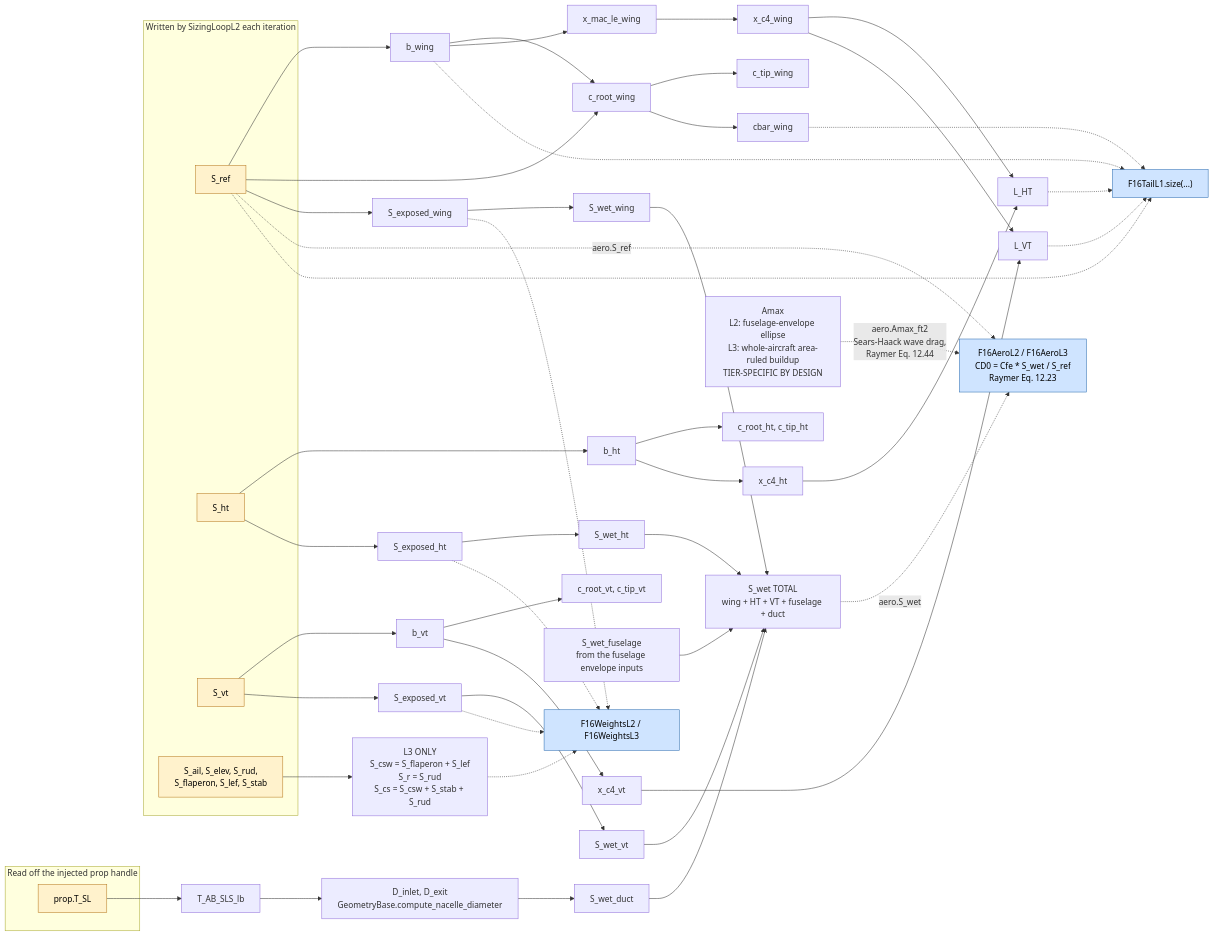
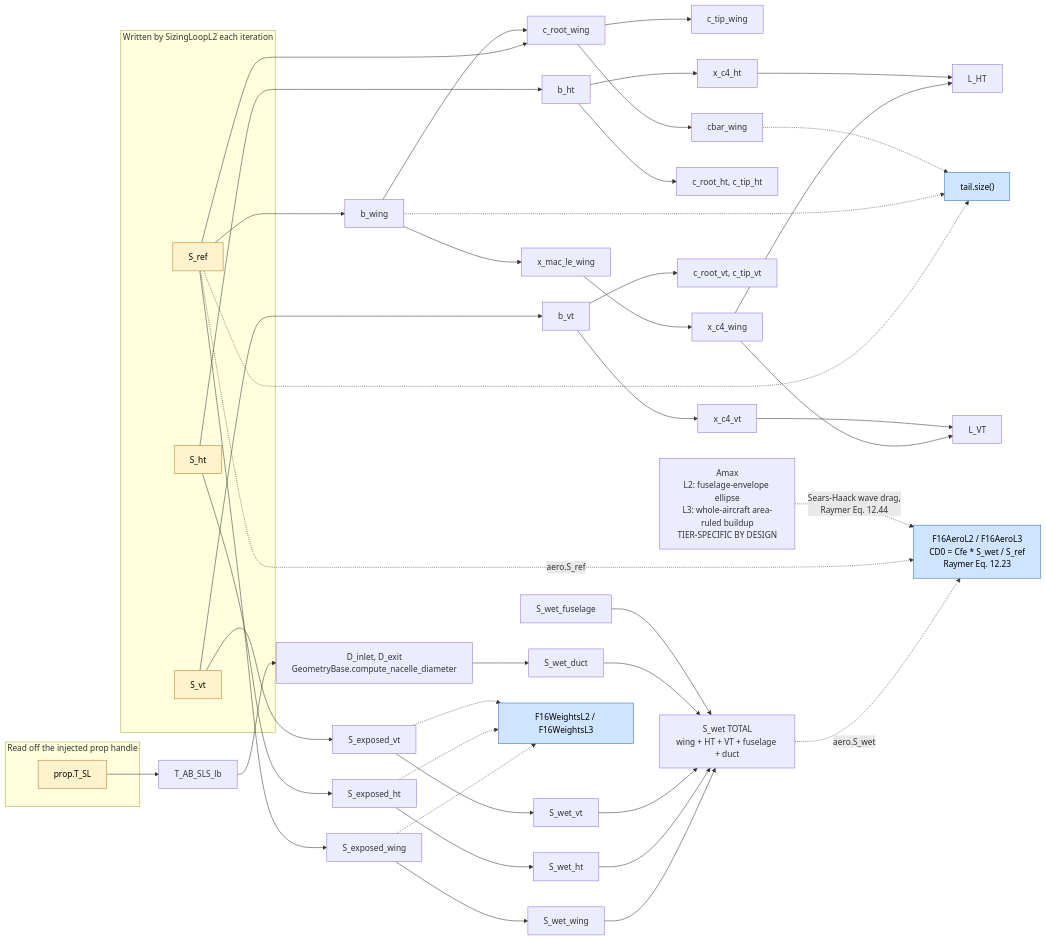
One commit to Idopt-Lab/air-vehicle-design changed diagram 11 of 12 in air_vehicle_design/sizing/docs/Mermaid_Diagrams/sizing_loop_dependency_diagrams.md. Above: the diagram before and after it, drawn with Mermaid. The commit also changed other lines of this file, not shown here.

First line of the commit message:
docs: rewrite the stale sizing-loop dependency diagrams

````diff
--- a/air_vehicle_design/sizing/docs/Mermaid_Diagrams/sizing_loop_dependency_diagrams.md
+++ b/air_vehicle_design/sizing/docs/Mermaid_Diagrams/sizing_loop_dependency_diagrams.md
@@ -651,73 +625,67 @@
 ```mermaid
 flowchart LR
     subgraph WRITTEN["Written by SizingLoopL2 each iteration"]
         SR["S_ref"]
         SHT["S_ht"]
         SVT["S_vt"]
-        SCS6["S_ail, S_elev, S_rud,<br/>S_flaperon, S_lef, S_stab"]
     end
 
     subgraph EXTERNAL["Read off the injected prop handle"]
         PT["prop.T_SL"]
     end
 
     SR --> BW["b_wing"]
     SR --> CRW["c_root_wing"]
     BW --> CRW
     CRW --> CTW["c_tip_wing"]
     CRW --> CBW["cbar_wing"]
     SR --> SEW["S_exposed_wing"]
     SEW --> SWW["S_wet_wing"]
     BW --> XML["x_mac_le_wing"]
     XML --> XC4W["x_c4_wing"]
 
     SHT --> BHT["b_ht"]
     BHT --> CRHT["c_root_ht, c_tip_ht"]
     SHT --> SEHT["S_exposed_ht"]
     SEHT --> SWHT["S_wet_ht"]
     BHT --> XC4H["x_c4_ht"]
 
     SVT --> BVT["b_vt"]
     BVT --> CRVT["c_root_vt, c_tip_vt"]
     SVT --> SEVT["S_exposed_vt"]
     SEVT --> SWVT["S_wet_vt"]
     BVT --> XC4V["x_c4_vt"]
 
     PT --> TAB["T_AB_SLS_lb"]
     TAB --> DIN["D_inlet, D_exit<br/>GeometryBase.compute_nacelle_diameter"]
     DIN --> SWD["S_wet_duct"]
 
     SWW --> SWET["S_wet TOTAL<br/>wing + HT + VT + fuselage + duct"]
     SWHT --> SWET
     SWVT --> SWET
     SWD --> SWET
-    FUS["S_wet_fuselage<br/>from the fuselage envelope inputs"] --> SWET
+    FUS["S_wet_fuselage"] --> SWET
 
     XC4W --> LHT["L_HT"]
     XC4H --> LHT
     XC4W --> LVT["L_VT"]
     XC4V --> LVT
 
     AMAX["Amax<br/>L2: fuselage-envelope ellipse<br/>L3: whole-aircraft area-ruled buildup<br/>TIER-SPECIFIC BY DESIGN"]
 
-    SCS6 --> CSW["L3 ONLY<br/>S_csw = S_flaperon + S_lef<br/>S_r = S_rud<br/>S_cs = S_csw + S_stab + S_rud"]
-
     SWET -.->|"aero.S_wet"| AERO["F16AeroL2 / F16AeroL3<br/>CD0 = Cfe * S_wet / S_ref<br/>Raymer Eq. 12.23"]
     SR -.->|"aero.S_ref"| AERO
-    AMAX -.->|"aero.Amax_ft2<br/>Sears-Haack wave drag,<br/>Raymer Eq. 12.44"| AERO
+    AMAX -.->|"Sears-Haack wave drag,<br/>Raymer Eq. 12.44"| AERO
 
     SEW -.-> WTS["F16WeightsL2 / F16WeightsL3"]
     SEHT -.-> WTS
     SEVT -.-> WTS
-    CSW -.-> WTS
-    LHT -.-> TAIL["F16TailL1.size(...)"]
-    LVT -.-> TAIL
+    SR -.-> TAIL["tail.size()"]
     BW -.-> TAIL
     CBW -.-> TAIL
-    SR -.-> TAIL
 
     classDef written fill:#fff2cc,stroke:#b7791f,color:#000
     classDef orch fill:#cfe4ff,stroke:#2b6cb0,color:#000
-    class SR,SHT,SVT,SCS6,PT written
+    class SR,SHT,SVT,PT written
     class AERO,WTS,TAIL orch
 ```
````
